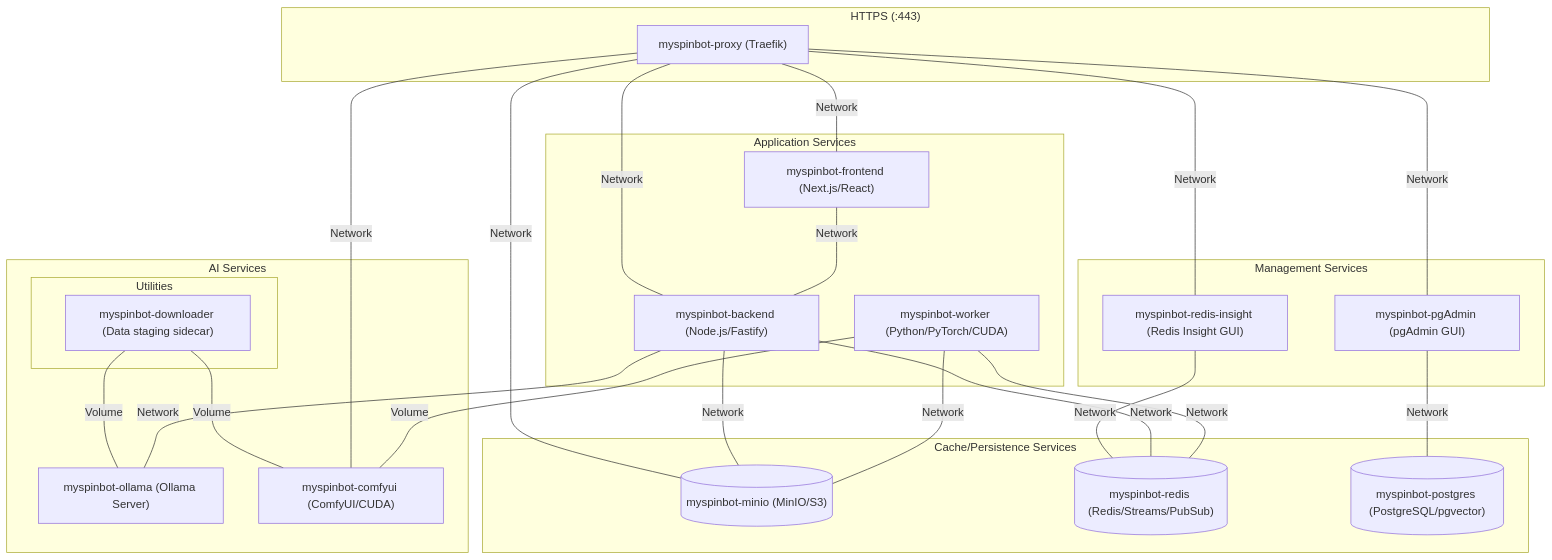
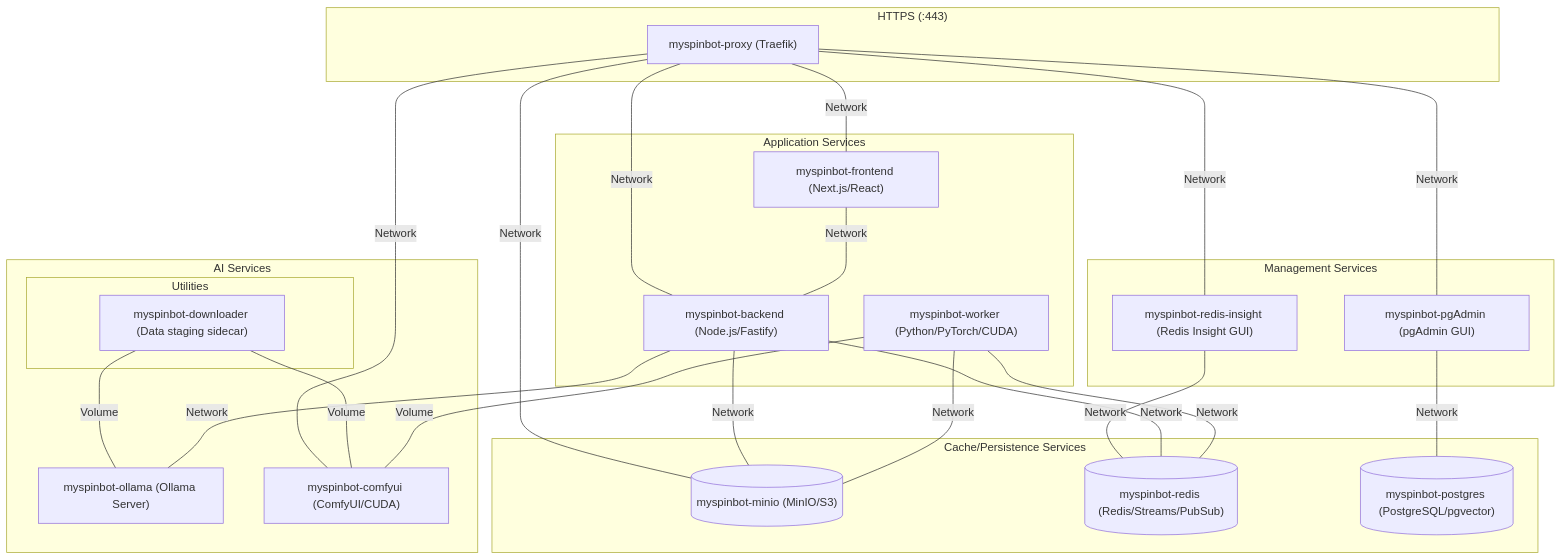
Before and after one commit to ktzevani/myspinbot: the first of 6 diagrams in docs/04_modular_breakdown.md, drawn with Mermaid. The commit also changed other lines of this file, not shown here.

````diff
--- a/docs/04_modular_breakdown.md
+++ b/docs/04_modular_breakdown.md
@@ -49,45 +49,45 @@
 ```mermaid
 flowchart TB
     subgraph PublicNetwork["HTTPS (:443)"]
       Proxy["myspinbot-proxy (Traefik)"]
     end
     subgraph ApplicationServices[Application Services]
       UI["myspinbot-frontend (Next.js/React)"]
       API["myspinbot-backend (Node.js/Fastify)"]
       Worker["myspinbot-worker (Python/PyTorch/CUDA)"]
     end
     subgraph StorageServices["Cache/Persistence Services"]
       S3[("myspinbot-minio (MinIO/S3)")]
       Redis[("myspinbot-redis (Redis/Streams/PubSub)")]
       Postgres[("myspinbot-postgres (PostgreSQL/pgvector)")]
     end
     subgraph ManagementServices["Management Services"]
       RedisInsight["myspinbot-redis-insight (Redis Insight GUI)"]
       Pgadmin["myspinbot-pgAdmin (pgAdmin GUI)"]
     end
     subgraph AIServices["AI Services"]
       subgraph AIUtilities["Utilities"]
         Downloader["myspinbot-downloader (Data staging sidecar)"]
       end
       Ollama["myspinbot-ollama (Ollama Server)"]
       Comfy["myspinbot-comfyui (ComfyUI/CUDA)"]
     end
 
-    Downloader -- Volume --- Ollama
-    Downloader -- Volume --- Comfy
     Proxy -- Network --- Comfy
     Proxy -- Network --- UI
     Proxy -- Network --- API
     Proxy -- Network --- S3
     Proxy -- Network --- RedisInsight
     Proxy -- Network --- Pgadmin
+    Downloader -- Volume --- Ollama
+    Downloader -- Volume --- Comfy
     RedisInsight -- Network --- Redis
     Pgadmin -- Network --- Postgres
     UI -- Network --- API
     API -- Network --- Redis
     API -- Network --- S3
     API -- Network --- Ollama
     Worker -- Volume --- Comfy
     Worker -- Network --- Redis
     Worker -- Network --- S3
 ```
````
